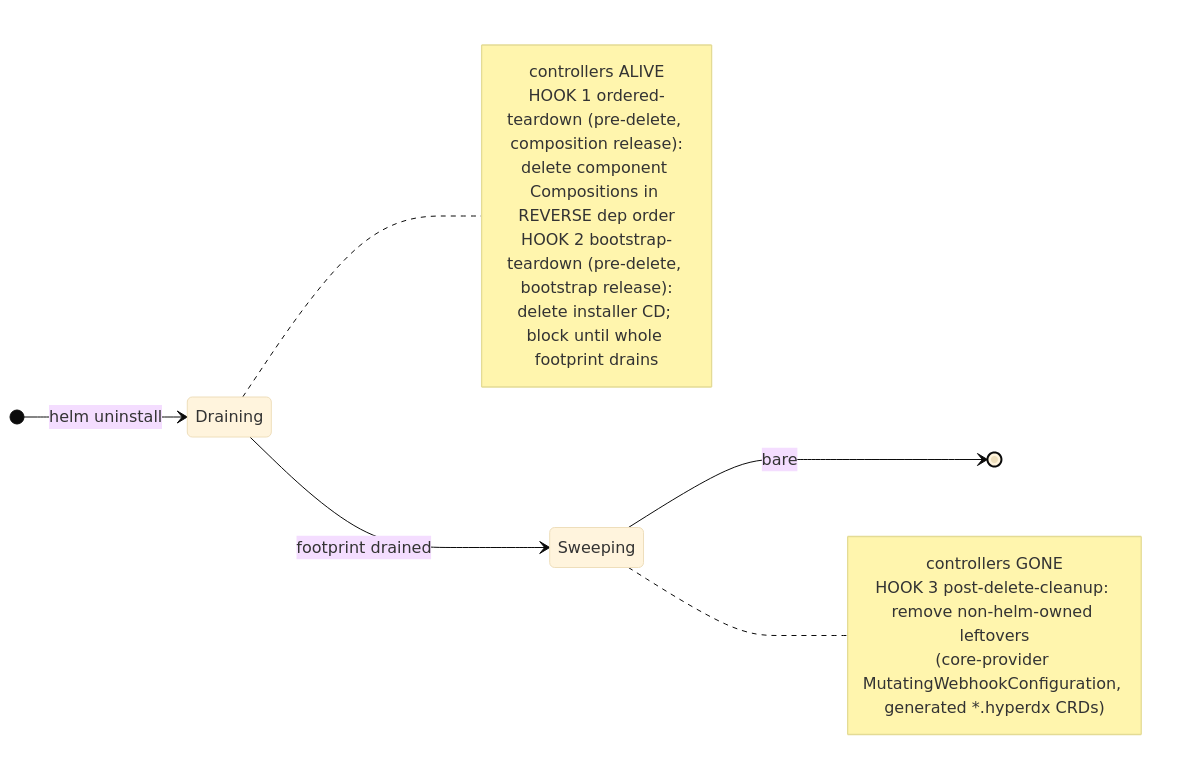
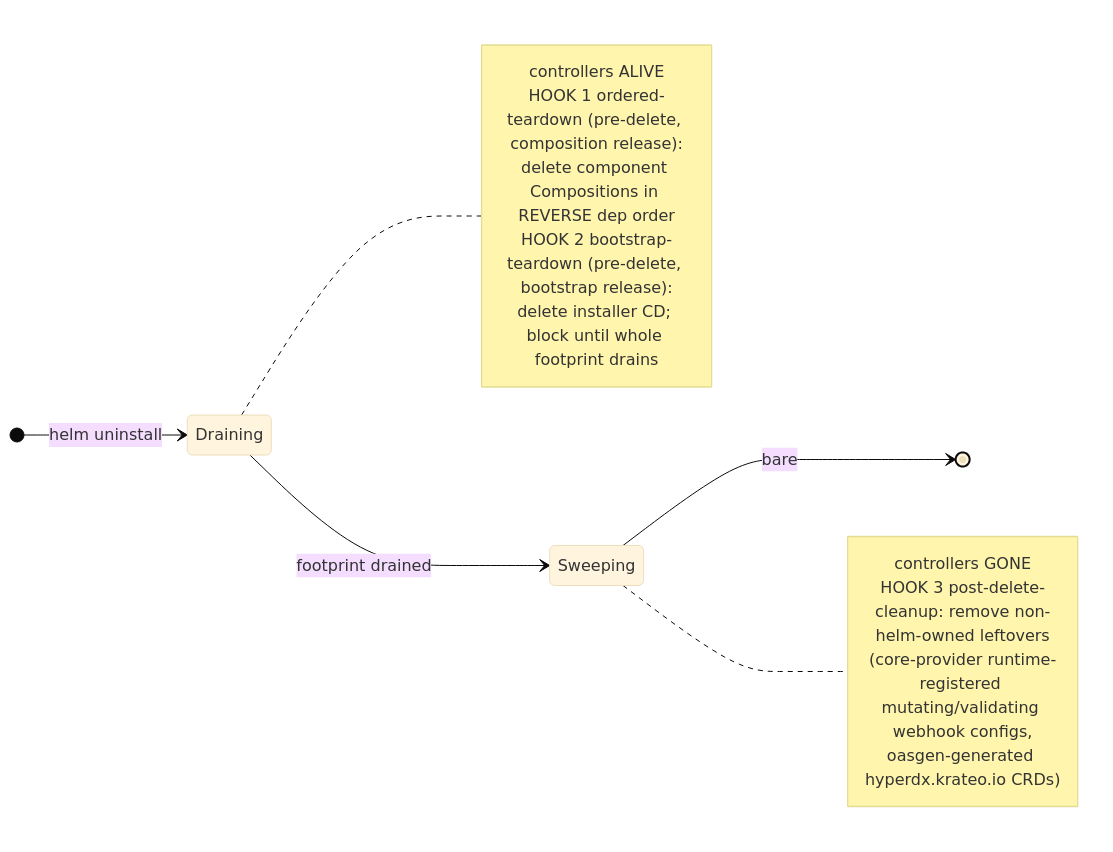
One commit to braghettos/installer changed the eighth of 8 diagrams in ARCHITECTURE.md. Above: the diagram before and after it, drawn with Mermaid (base theme). The commit also changed other lines of this file and 11 other files, not shown here.

````diff
--- a/ARCHITECTURE.md
+++ b/ARCHITECTURE.md
@@ -305,20 +332,21 @@
 ```mermaid
 stateDiagram-v2
     direction LR
     [*] --> Draining: helm uninstall
     Draining --> Sweeping: footprint drained
     Sweeping --> [*]: bare
 
     note right of Draining
         controllers ALIVE
         HOOK 1 ordered-teardown (pre-delete, composition release):
           delete component Compositions in REVERSE dep order
         HOOK 2 bootstrap-teardown (pre-delete, bootstrap release):
           delete installer CD; block until whole footprint drains
     end note
     note right of Sweeping
         controllers GONE
         HOOK 3 post-delete-cleanup: remove non-helm-owned leftovers
-          (core-provider MutatingWebhookConfiguration, generated *.hyperdx CRDs)
+          (core-provider runtime-registered mutating/validating webhook configs,
+           oasgen-generated hyperdx.krateo.io CRDs)
     end note
 ```
````
